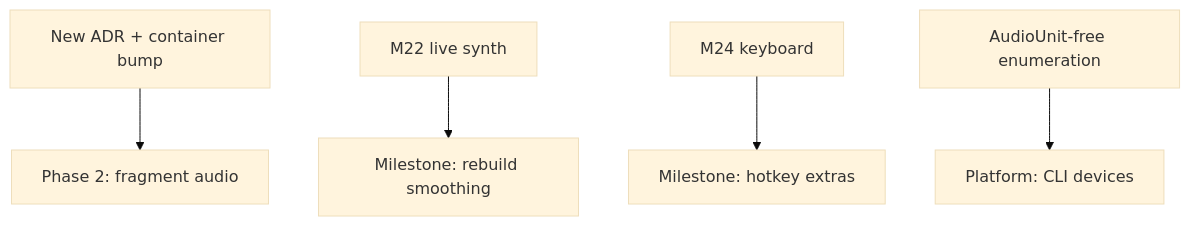
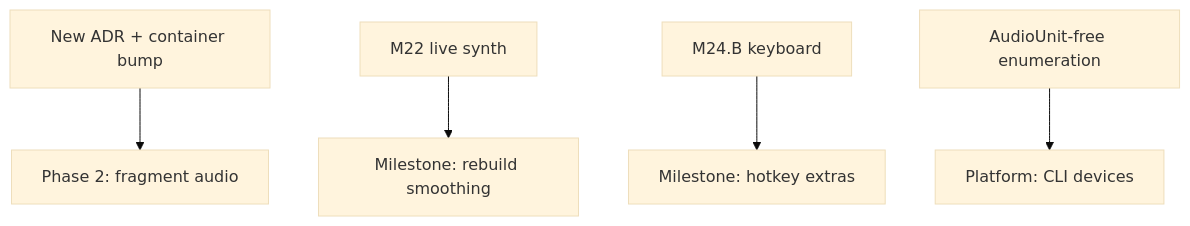
Before and after one commit to anvlkv/hey-listen: the diagram in docs/deferred.md, drawn with Mermaid (base theme). The commit also changed other lines of this file and 8 other files, not shown here.

````diff
--- a/docs/deferred.md
+++ b/docs/deferred.md
@@ -71,7 +71,7 @@
 ```mermaid
 graph TD
     ADR[New ADR + container bump] --> P2[Phase 2: fragment audio]
     M22[M22 live synth] --> P3[Milestone: rebuild smoothing]
-    M24[M24 keyboard] --> P31[Milestone: hotkey extras]
+    M24B[M24.B keyboard] --> P31[Milestone: hotkey extras]
     PLAT[AudioUnit-free enumeration] --> P4[Platform: CLI devices]
 ```
````
